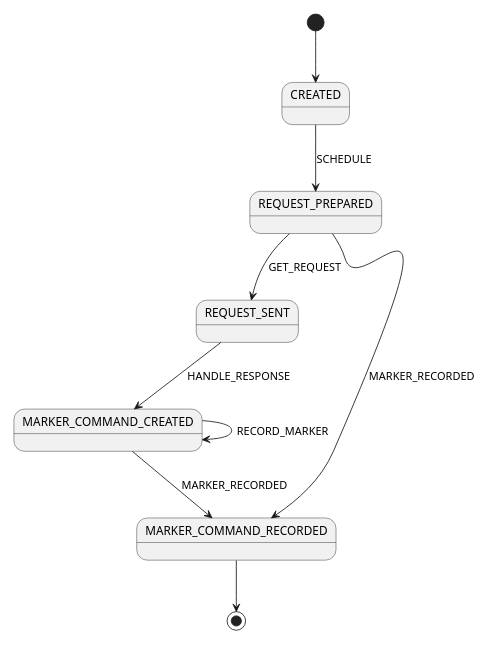
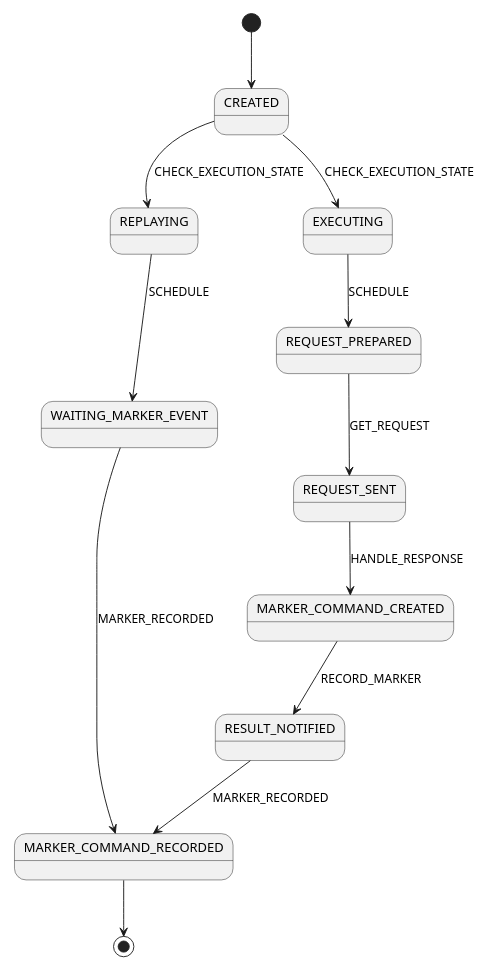
The diagram in src/main/java/io/temporal/internal/csm/LocalActivityStateMachine.puml (mfateev/temporal-java-sdk), drawn with PlantUML before and after one commit. The commit also changed 8 other files, not shown here.

```diff
--- a/src/main/java/io/temporal/internal/csm/LocalActivityStateMachine.puml
+++ b/src/main/java/io/temporal/internal/csm/LocalActivityStateMachine.puml
@@ -23,11 +23,14 @@
 @startuml
 scale 350 width
 [*] --> CREATED
-CREATED --> REQUEST_PREPARED: SCHEDULE
+CREATED --> REPLAYING: CHECK_EXECUTION_STATE
+CREATED --> EXECUTING: CHECK_EXECUTION_STATE
+EXECUTING --> REQUEST_PREPARED: SCHEDULE
 REQUEST_PREPARED --> REQUEST_SENT: GET_REQUEST
 REQUEST_SENT --> MARKER_COMMAND_CREATED: HANDLE_RESPONSE
-MARKER_COMMAND_CREATED --> MARKER_COMMAND_CREATED: RECORD_MARKER
-MARKER_COMMAND_CREATED --> MARKER_COMMAND_RECORDED: MARKER_RECORDED
-REQUEST_PREPARED --> MARKER_COMMAND_RECORDED: MARKER_RECORDED
+MARKER_COMMAND_CREATED --> RESULT_NOTIFIED: RECORD_MARKER
+RESULT_NOTIFIED --> MARKER_COMMAND_RECORDED: MARKER_RECORDED
+REPLAYING --> WAITING_MARKER_EVENT: SCHEDULE
+WAITING_MARKER_EVENT --> MARKER_COMMAND_RECORDED: MARKER_RECORDED
 MARKER_COMMAND_RECORDED --> [*]
 @enduml
```
